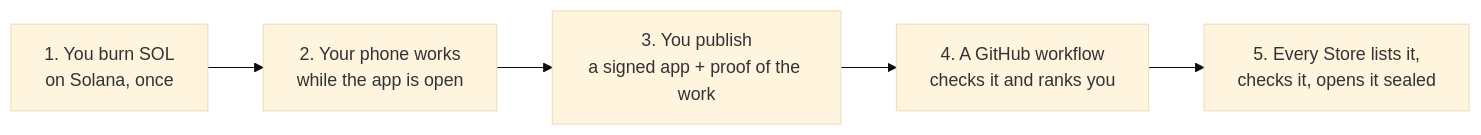
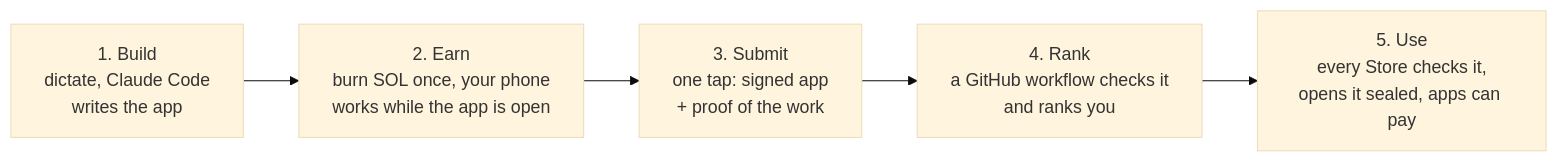
One commit to theodoreyong9/Aiwa_store changed the diagram in README.md. Above: the diagram before and after it, drawn with Mermaid (base theme). The commit also changed other lines of this file and 18 other files, not shown here.

First line of the commit message:
The camera reads QR codes in the Store; the widget's logo opens the app, with a Dictate tab inside; a README that says what this is

````diff
--- a/README.md
+++ b/README.md
@@ -28,7 +34,7 @@
 ```mermaid
 flowchart LR
-  A["1. You burn SOL<br/>on Solana, once"] --> B["2. Your phone works<br/>while the app is open"]
-  B --> C["3. You publish<br/>a signed app + proof of the work"]
-  C --> D["4. A GitHub workflow<br/>checks it and ranks you"]
-  D --> E["5. Every Store lists it,<br/>checks it, opens it sealed"]
+  A["1. Build<br/>dictate, Claude Code<br/>writes the app"] --> B["2. Earn<br/>burn SOL once, your phone<br/>works while the app is open"]
+  B --> C["3. Submit<br/>one tap: signed app<br/>+ proof of the work"]
+  C --> D["4. Rank<br/>a GitHub workflow checks it<br/>and ranks you"]
+  D --> E["5. Use<br/>every Store checks it,<br/>opens it sealed, apps can pay"]
 ```
````
